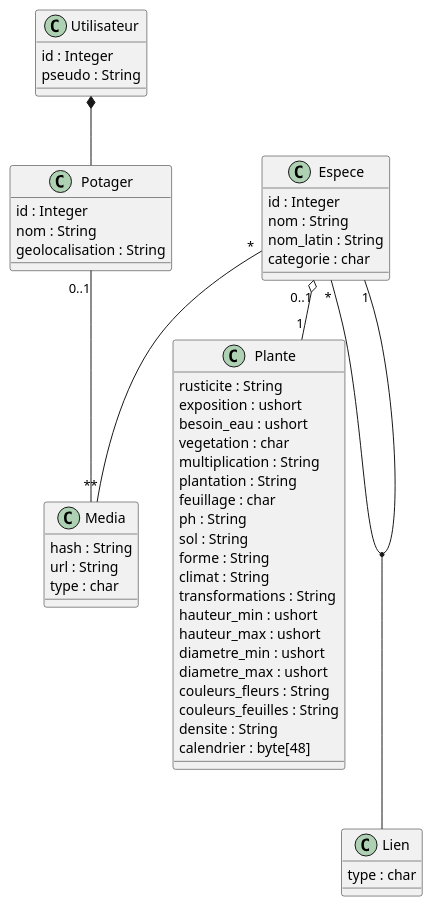
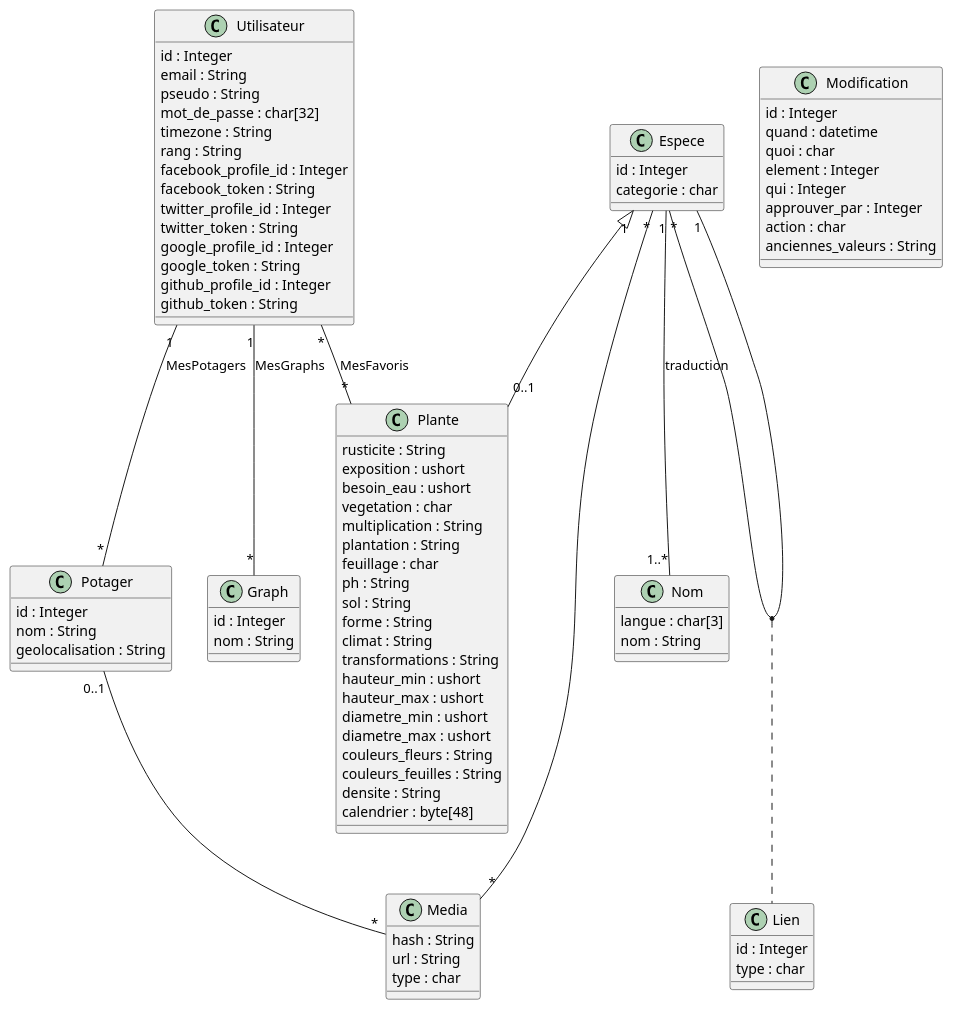
Before and after one commit to ThibaultLatrille/MonPotager: the diagram in database/database.wsd, drawn with PlantUML.

Commit message:
Gestion des modification + i18n des noms

```diff
--- a/database/database.wsd
+++ b/database/database.wsd
@@ -1,4 +1,4 @@
-@startuml
+@startuml Base_de_donnees
 ' Définition des classes
 class Media {
     hash : String
@@ -13,18 +13,49 @@
     '/
     geolocalisation : String
 }
+class Graph {
+    id : Integer
+    nom : String
+}
 class Utilisateur {
     id : Integer
+    email : String
     pseudo : String
+    'SHA256 du mot de passe
+    mot_de_passe : char[32]
+    'Par exemple : "Europe/Paris", https://en.wikipedia.org/wiki/List_of_tz_database_time_zones
+    timezone : String
+    /'Rangs qui définit les droits des utilisateurs
+        "A" : administrateur
+        "E" : peut valider une espèce
+        "L" : peut valider un lien
+        "M" : peut valider un media
+    '/
+    rang : String
+    'OAuth, les token ont des tailles variables
+    'Twitter semble limiter à 50 charactères
+    facebook_profile_id : Integer
+    facebook_token : String
+    twitter_profile_id : Integer
+    twitter_token : String
+    google_profile_id : Integer
+    google_token : String
+    github_profile_id : Integer
+    github_token : String
 }
 class Espece {
     id : Integer
-    nom : String
-    nom_latin : String
     'categorie : P : plant, A : auxiliaire, N : nuisible
     categorie : char
 }
+'Pour traduire les noms (fra, lat), https://fr.wikipedia.org/wiki/Liste_des_codes_ISO_639-1 (prendre 639-3)
+class Nom {
+    langue : char[3]
+    nom : String
+}
 class Lien {
+    'ID sur le lien pour tracer les modifications
+    id : Integer
     /' Relation plante à plante
         "E" : sous-espèce
         "+" : favorise
@@ -173,16 +204,32 @@
     '12 (mois) * 4 (évènement) bits dans cet ordre : plantation, floraison, récolte, taille
     calendrier : byte[48]
 }
+class Modification {
+    id : Integer
+    quand : datetime
+    'E = Espèce, M = Média, L = Lien
+    quoi : char
+    'ID de l'espèce/média/lien
+    element : Integer
+    'les champs suivants prennent les ID des utilisateurs
+    qui : Integer
+    approuver_par : Integer
+    'C = création, M = modification, S = suppression
+    action : char
+    'associations clé-valeur au format JSON (ex : {"feuillage":"C", "ph":"N"} )
+    anciennes_valeurs : String
+}
 ' Relations
 Espece "*" -- "1" Espece
-(Espece, Espece) -- Lien
-Espece "0..1" o-- "1" Plante
+(Espece, Espece) .. Lien
+Espece "1" <|-- "0..1" Plante
 Espece "*" -- "*" Media
+Espece "1" -- "1..*" Nom : traduction
 Potager "0..1" -- "*" Media
-Utilisateur *-- Potager
+Utilisateur "1" -- "*" Potager : MesPotagers
+Utilisateur "*" -- "*" Plante : MesFavoris
+Utilisateur "1" -- "*" Graph : MesGraphs
 /'TODO
-- gérer les modes d'identification
-- gérer la partie modification communautaire
 - gérer la partie spaciale
 '/
 @enduml
```
